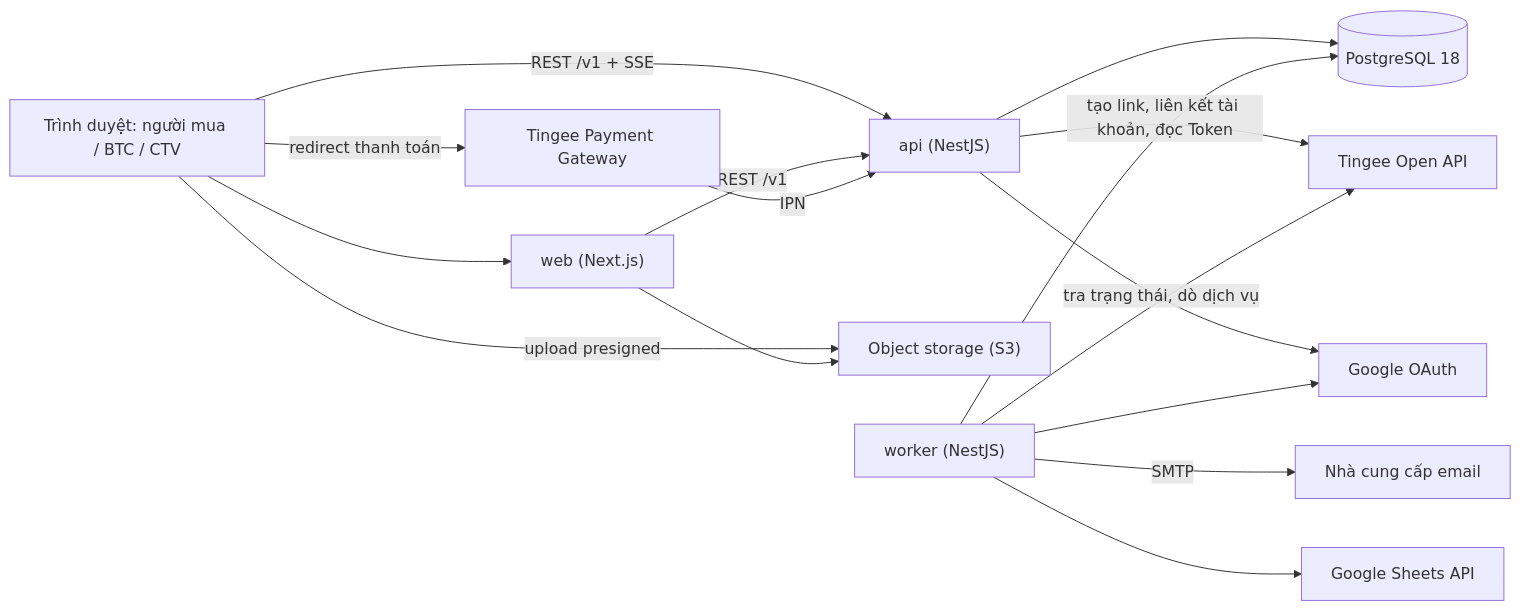
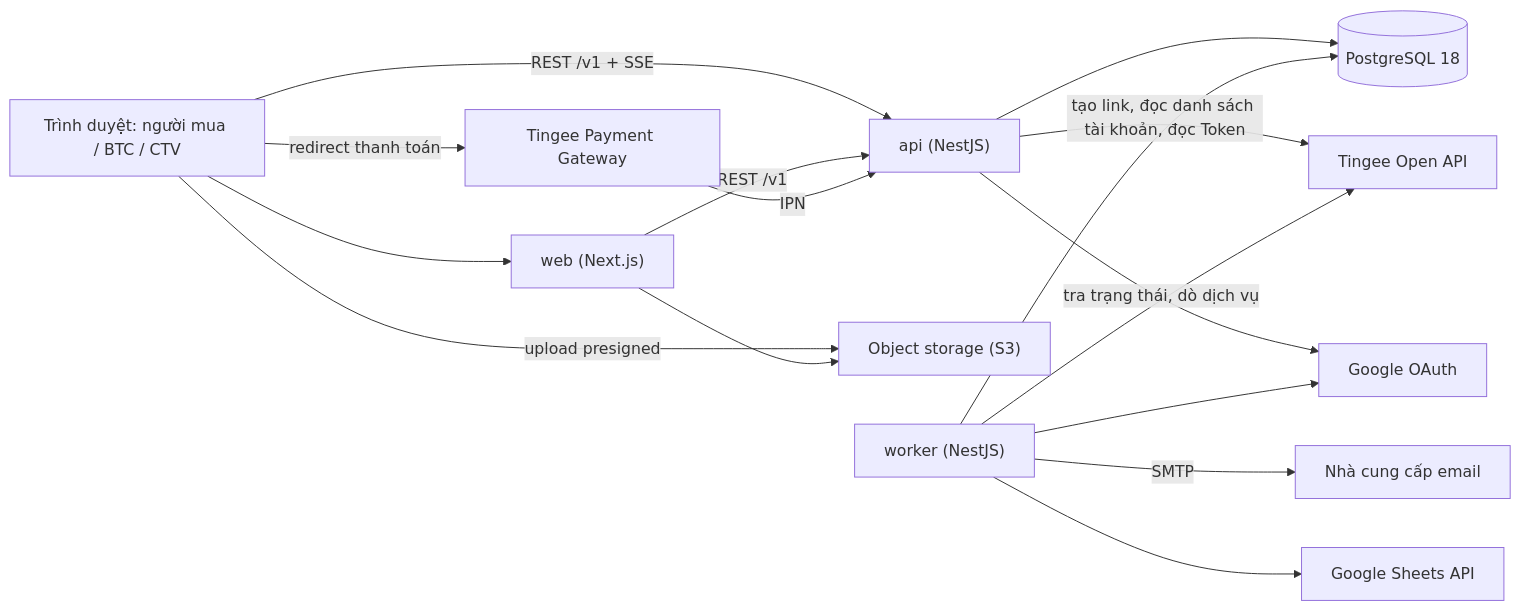
Before and after one commit to masonnguyen1243/tickee: the third of 4 diagrams in _bmad-output/planning-artifacts/architecture/architecture-tickee-2026-10-28/ARCHITECTURE-SPINE.md, drawn with Mermaid. The commit also changed other lines of this file and 7 other files, not shown here.

First line of the commit message:
docs: BTC dùng tài khoản Tingee của chính mình theo sprint change proposal 03/11

````diff
--- a/_bmad-output/planning-artifacts/architecture/architecture-tickee-2026-10-28/ARCHITECTURE-SPINE.md
+++ b/_bmad-output/planning-artifacts/architecture/architecture-tickee-2026-10-28/ARCHITECTURE-SPINE.md
@@ -443,18 +450,18 @@
 ```mermaid
 flowchart LR
   browser["Trình duyệt: người mua / BTC / CTV"] --> web["web (Next.js)"]
   browser -->|"REST /v1 + SSE"| apiRole["api (NestJS)"]
   browser -->|"upload presigned"| s3["Object storage (S3)"]
   browser -->|"redirect thanh toán"| gateway["Tingee Payment Gateway"]
   web -->|"REST /v1"| apiRole
   web --> s3
   gateway -->|"IPN"| apiRole
   apiRole --> pg[("PostgreSQL 18")]
-  apiRole -->|"tạo link, liên kết tài khoản, đọc Token"| tingeeApi["Tingee Open API"]
+  apiRole -->|"tạo link, đọc danh sách tài khoản, đọc Token"| tingeeApi["Tingee Open API"]
   apiRole --> google["Google OAuth"]
   worker["worker (NestJS)"] --> pg
   worker -->|"tra trạng thái, dò dịch vụ"| tingeeApi
   worker -->|"SMTP"| email["Nhà cung cấp email"]
   worker --> sheets["Google Sheets API"]
   worker --> google
 ```
````
